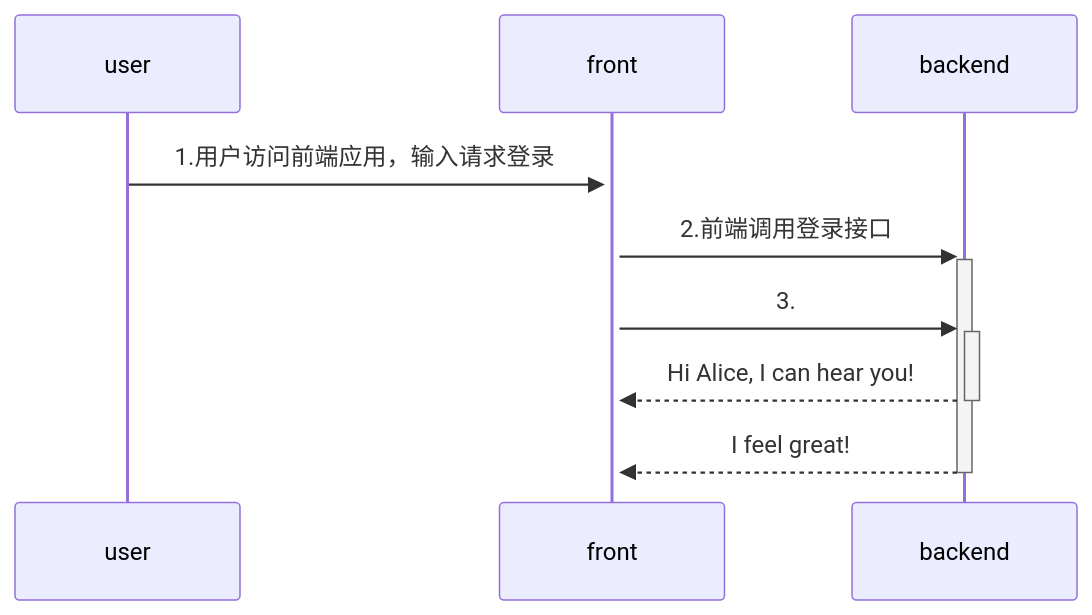
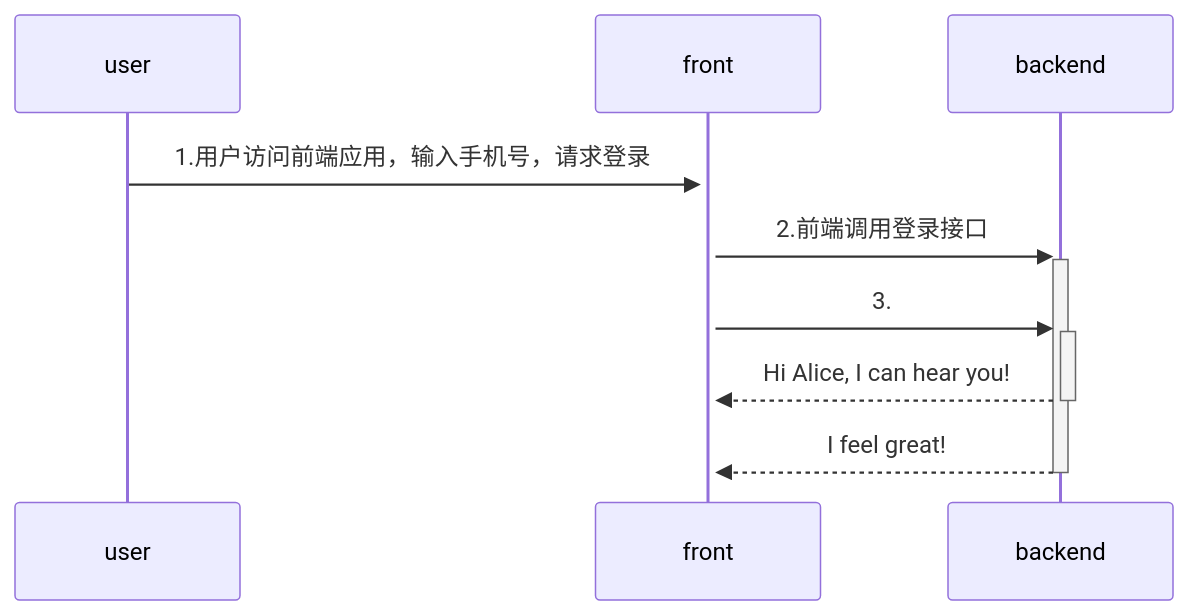
Before and after one commit to yingjianzh/iodraw-files: the diagram in all/未命名-4.md, drawn with Mermaid.

Commit message:
2024-08-02 17:36:41 update

````diff
--- a/all/未命名-4.md
+++ b/all/未命名-4.md
@@ -1,9 +1,9 @@
 ```mermaid
 sequenceDiagram
-    user->>+front: 1.用户访问前端应用，输入请求登录
+    user->>+front: 1.用户访问前端应用，输入手机号，请求登录
     front->>+backend: 2.前端调用登录接口
     front->>+backend: 3.
     backend-->>-front: Hi Alice, I can hear you!
     backend-->>-front: I feel great!
             
 ```
````
